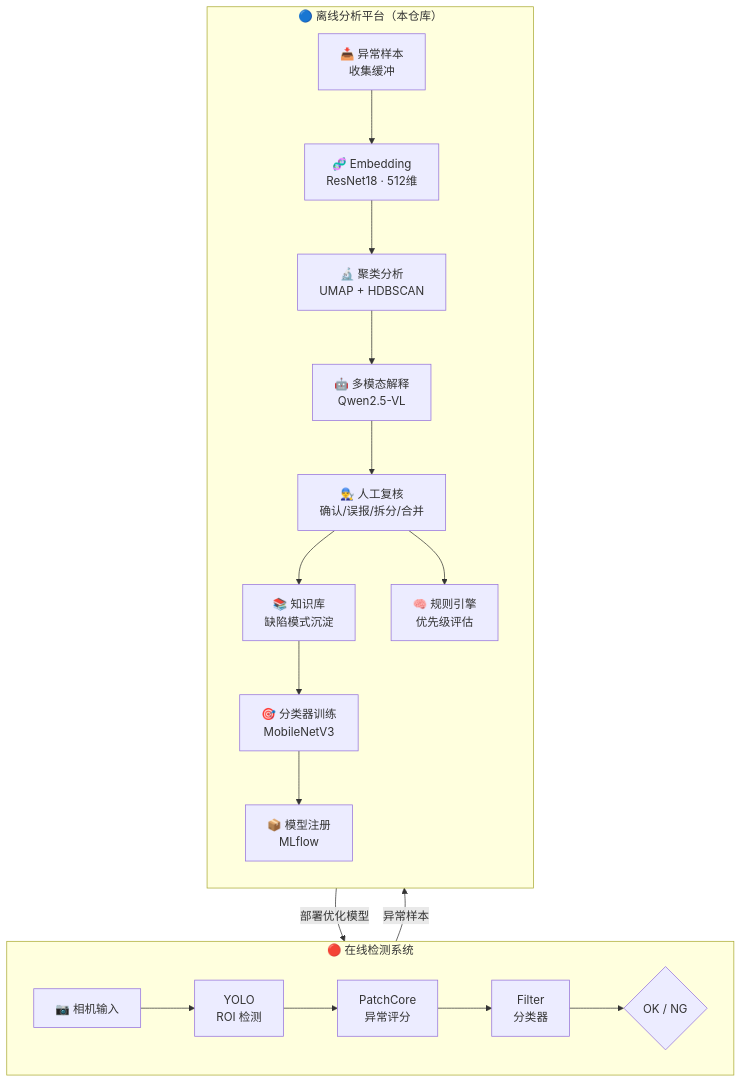
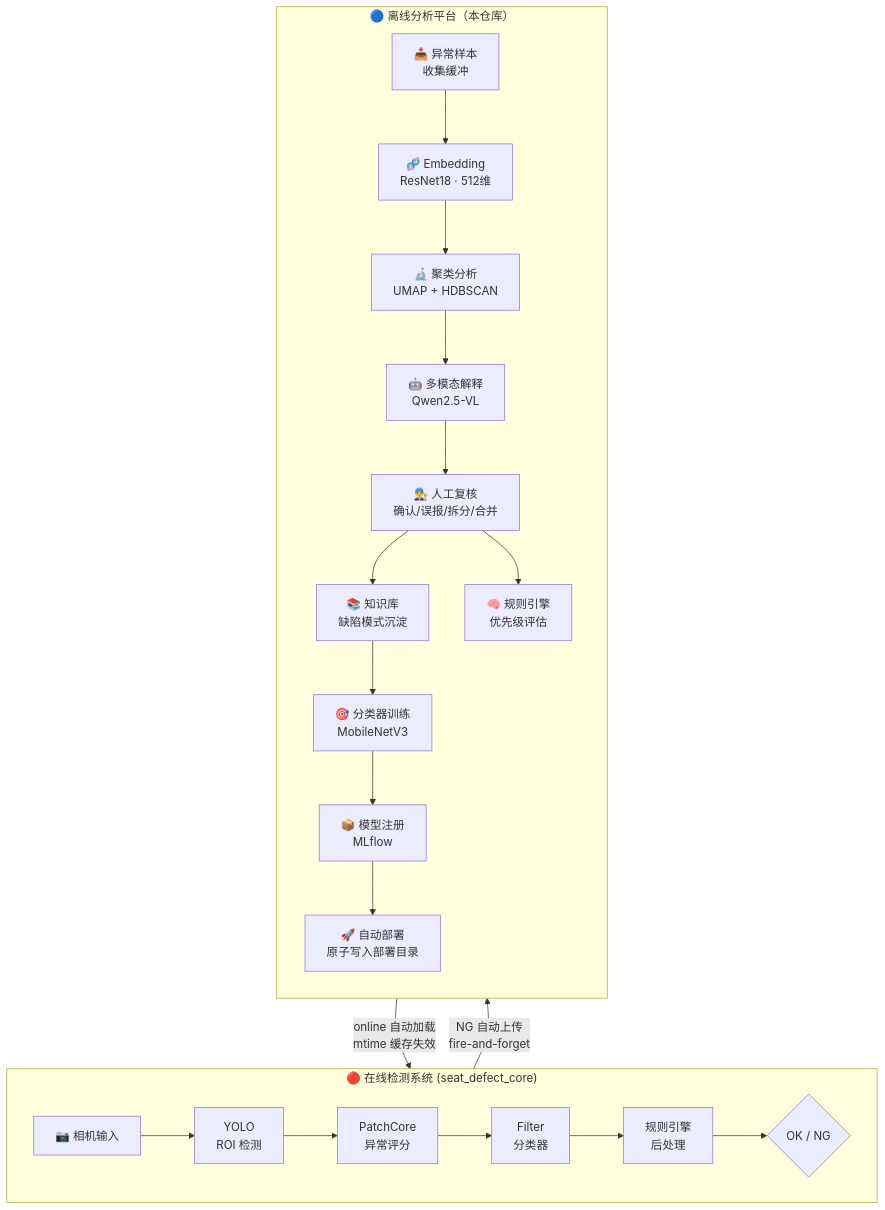
Before and after one commit to celien99/offline-analysis-platform: the diagram in README.md, drawn with Mermaid. The commit also changed other lines of this file and 4 other files, not shown here.

````diff
--- a/README.md
+++ b/README.md
@@ -35,25 +35,27 @@
 ```mermaid
 flowchart TB
-    subgraph ONLINE["🔴 在线检测系统"]
+    subgraph ONLINE["🔴 在线检测系统 (seat_defect_core)"]
         direction LR
         CAM["📷 相机输入"] --> YOLO["YOLO<br/>ROI 检测"]
         YOLO --> PC["PatchCore<br/>异常评分"]
         PC --> FC["Filter<br/>分类器"]
-        FC --> DECISION{"OK / NG"}
+        FC --> RE["规则引擎<br/>后处理"]
+        RE --> DECISION{"OK / NG"}
     end
 
     subgraph OFFLINE["🔵 离线分析平台（本仓库）"]
         direction TB
         INGEST["📥 异常样本<br/>收集缓冲"] --> EMBED["🧬 Embedding<br/>ResNet18 · 512维"]
         EMBED --> CLUSTER["🔬 聚类分析<br/>UMAP + HDBSCAN"]
         CLUSTER --> VLM["🤖 多模态解释<br/>Qwen2.5-VL"]
         VLM --> REVIEW["👨‍🔧 人工复核<br/>确认/误报/拆分/合并"]
         REVIEW --> KB["📚 知识库<br/>缺陷模式沉淀"]
         REVIEW --> RULES["🧠 规则引擎<br/>优先级评估"]
         KB --> TRAIN["🎯 分类器训练<br/>MobileNetV3"]
         TRAIN --> REGISTRY["📦 模型注册<br/>MLflow"]
+        REGISTRY --> DEPLOY["🚀 自动部署<br/>原子写入部署目录"]
     end
 
-    ONLINE -->|"异常样本"| INGEST
-    REGISTRY -->|"部署优化模型"| FC
+    ONLINE -->|"NG 自动上传<br/>fire-and-forget"| INGEST
+    DEPLOY -->|"online 自动加载<br/>mtime 缓存失效"| FC
 ```
````
